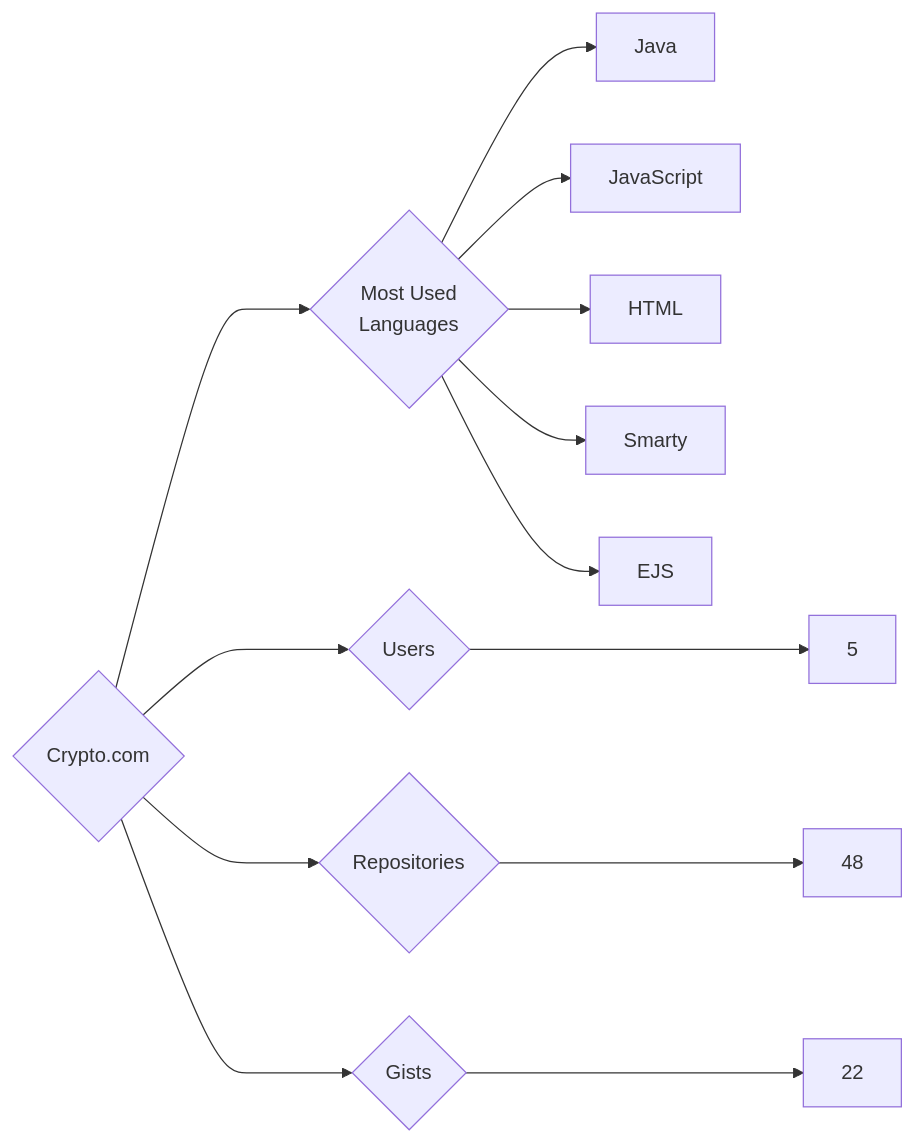
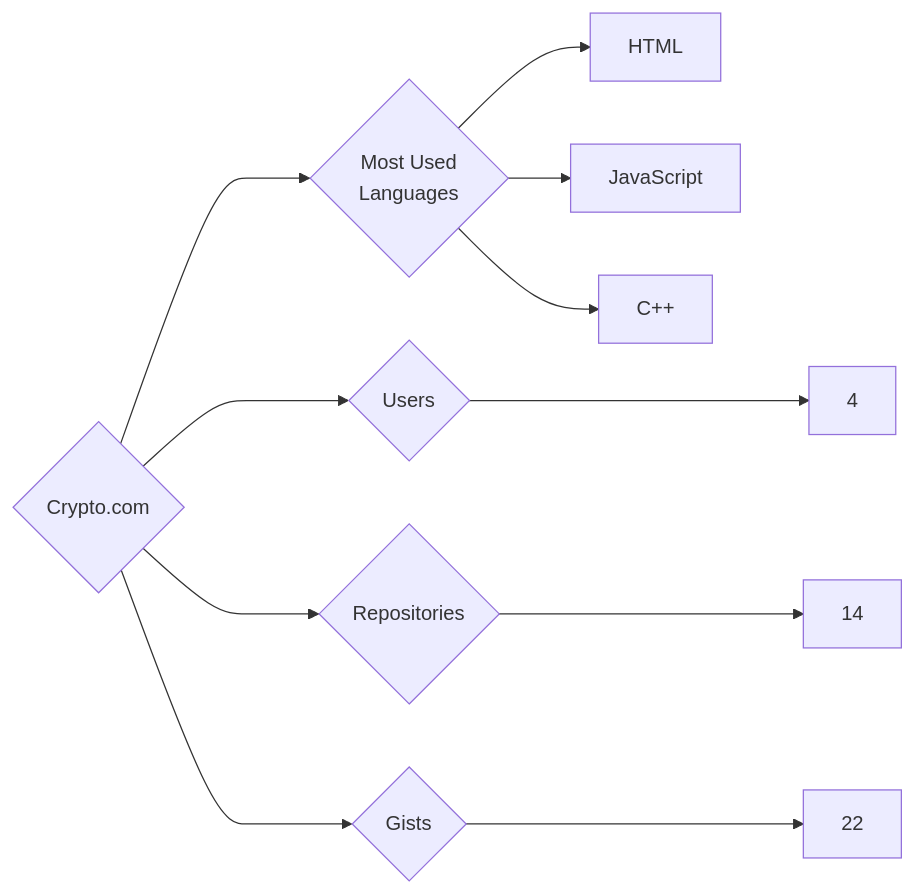
One commit to trickest/insiders changed the diagram in targets/Crypto.com/README.md. Above: the diagram before and after it, drawn with Mermaid. The commit also changed 679 other files, not shown here.

````diff
--- a/targets/Crypto.com/README.md
+++ b/targets/Crypto.com/README.md
@@ -3,13 +3,11 @@
 ```mermaid
 graph LR
 COMPANY_NAME{Crypto.com}
-COMPANY_NAME ---> U{Users} ---> UN[5]
-COMPANY_NAME ---> R{Repositories} ---> RN[48]
+COMPANY_NAME ---> U{Users} ---> UN[4]
+COMPANY_NAME ---> R{Repositories} ---> RN[14]
 COMPANY_NAME ---> G{Gists} ---> GN[22]
 COMPANY_NAME ---> ML{Most Used<br>Languages}
-ML --> Java[Java]
+ML --> HTML[HTML]
 ML --> JavaScript[JavaScript]
-ML --> HTML[HTML]
-ML --> Smarty[Smarty]
-ML --> EJS[EJS]
+ML --> C++[C++]
 ```
````
